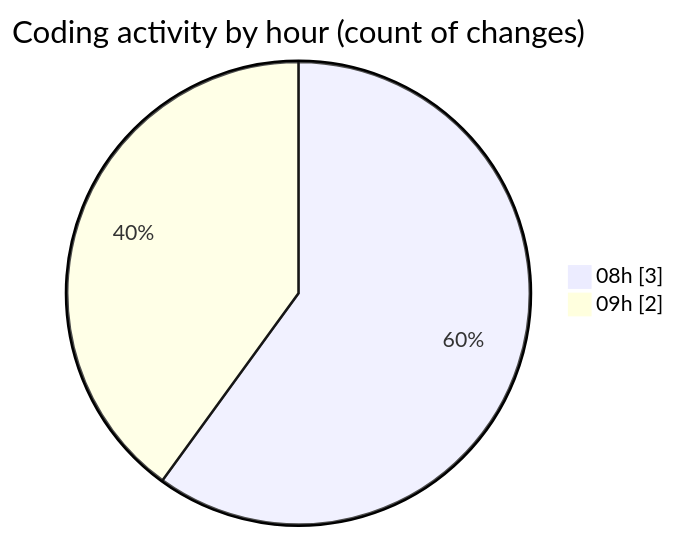
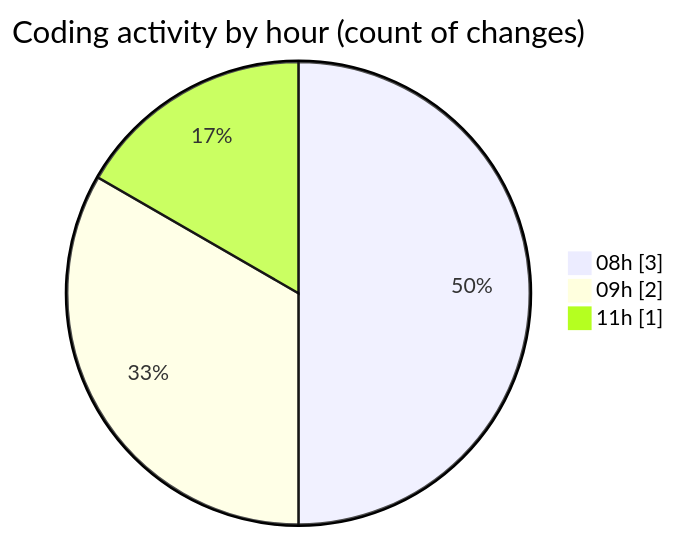
One commit to ricardozamudiocil/code-tracking changed the second of 2 diagrams in 2026-06-04/cilapp/README.md. Above: the diagram before and after it, drawn with Mermaid. The commit also changed other lines of this file and 1 other file, not shown here.

````diff
--- a/2026-06-04/cilapp/README.md
+++ b/2026-06-04/cilapp/README.md
@@ -31,6 +33,7 @@
 ```mermaid
 pie showData
 title Coding activity by hour (count of changes)
 "08h" : 3
 "09h" : 2
+"11h" : 1
 ```
````
